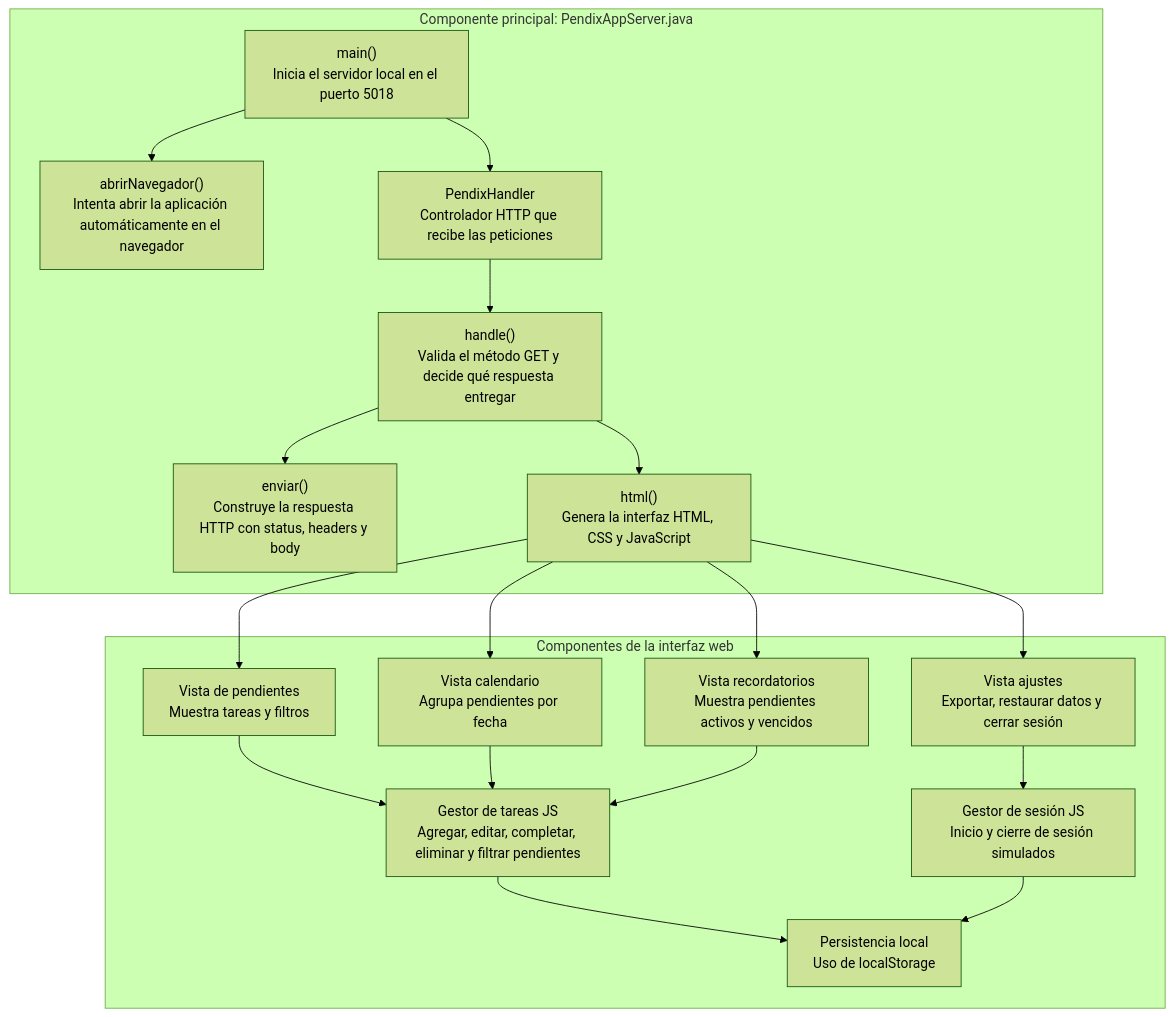
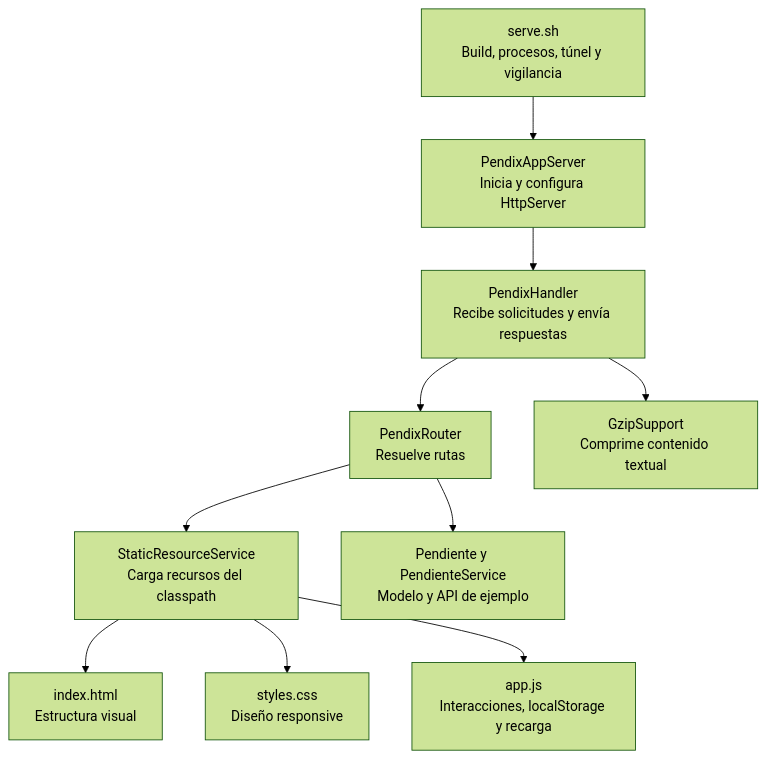
Before and after one commit to Angel-Lugo97/Proyecto_ArqSoft: the third of 3 diagrams in PendixAPP/docs/C4_PendixAPP.md, drawn with Mermaid (forest theme). The commit also changed other lines of this file and 65 other files, not shown here.

````diff
--- a/PendixAPP/docs/C4_PendixAPP.md
+++ b/PendixAPP/docs/C4_PendixAPP.md
@@ -64,40 +43,23 @@
 ```mermaid
 flowchart TB
-    subgraph PendixAppServer["Componente principal: PendixAppServer.java"]
-        Main["main()<br/>Inicia el servidor local en el puerto 5018"]
-        AbrirNavegador["abrirNavegador()<br/>Intenta abrir la aplicación automáticamente en el navegador"]
-        Handler["PendixHandler<br/>Controlador HTTP que recibe las peticiones"]
-        Handle["handle()<br/>Valida el método GET y decide qué respuesta entregar"]
-        Enviar["enviar()<br/>Construye la respuesta HTTP con status, headers y body"]
-        Html["html()<br/>Genera la interfaz HTML, CSS y JavaScript"]
-    end
+    Main["PendixAppServer<br/>Inicia y configura HttpServer"]
+    Handler["PendixHandler<br/>Recibe solicitudes y envía respuestas"]
+    Router["PendixRouter<br/>Resuelve rutas"]
+    Static["StaticResourceService<br/>Carga recursos del classpath"]
+    Gzip["GzipSupport<br/>Comprime contenido textual"]
+    Domain["Pendiente y PendienteService<br/>Modelo y API de ejemplo"]
+    Html["index.html<br/>Estructura visual"]
+    Css["styles.css<br/>Diseño responsive"]
+    Js["app.js<br/>Interacciones, localStorage y recarga"]
+    Script["serve.sh<br/>Build, procesos, túnel y vigilancia"]
 
-    subgraph Frontend["Componentes de la interfaz web"]
-        VistaPendientes["Vista de pendientes<br/>Muestra tareas y filtros"]
-        VistaCalendario["Vista calendario<br/>Agrupa pendientes por fecha"]
-        VistaRecordatorios["Vista recordatorios<br/>Muestra pendientes activos y vencidos"]
-        VistaAjustes["Vista ajustes<br/>Exportar, restaurar datos y cerrar sesión"]
-        GestorTareas["Gestor de tareas JS<br/>Agregar, editar, completar, eliminar y filtrar pendientes"]
-        GestorSesion["Gestor de sesión JS<br/>Inicio y cierre de sesión simulados"]
-        Persistencia["Persistencia local<br/>Uso de localStorage"]
-    end
-
-    Main --> AbrirNavegador
+    Script --> Main
     Main --> Handler
-    Handler --> Handle
-    Handle --> Enviar
-    Handle --> Html
-
-    Html --> VistaPendientes
-    Html --> VistaCalendario
-    Html --> VistaRecordatorios
-    Html --> VistaAjustes
-
-    VistaPendientes --> GestorTareas
-    VistaCalendario --> GestorTareas
-    VistaRecordatorios --> GestorTareas
-    VistaAjustes --> GestorSesion
-
-    GestorTareas --> Persistencia
-    GestorSesion --> Persistencia
+    Handler --> Router
+    Handler --> Gzip
+    Router --> Static
+    Router --> Domain
+    Static --> Html
+    Static --> Css
+    Static --> Js
 ```
````
